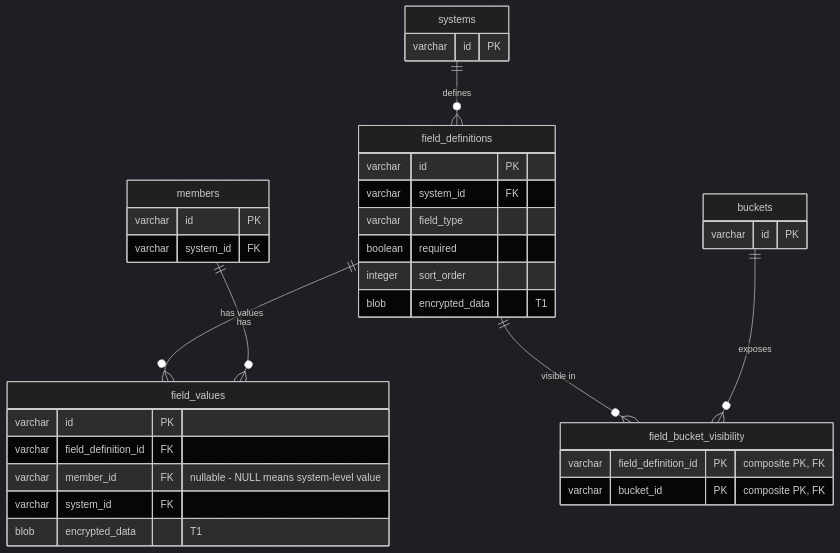
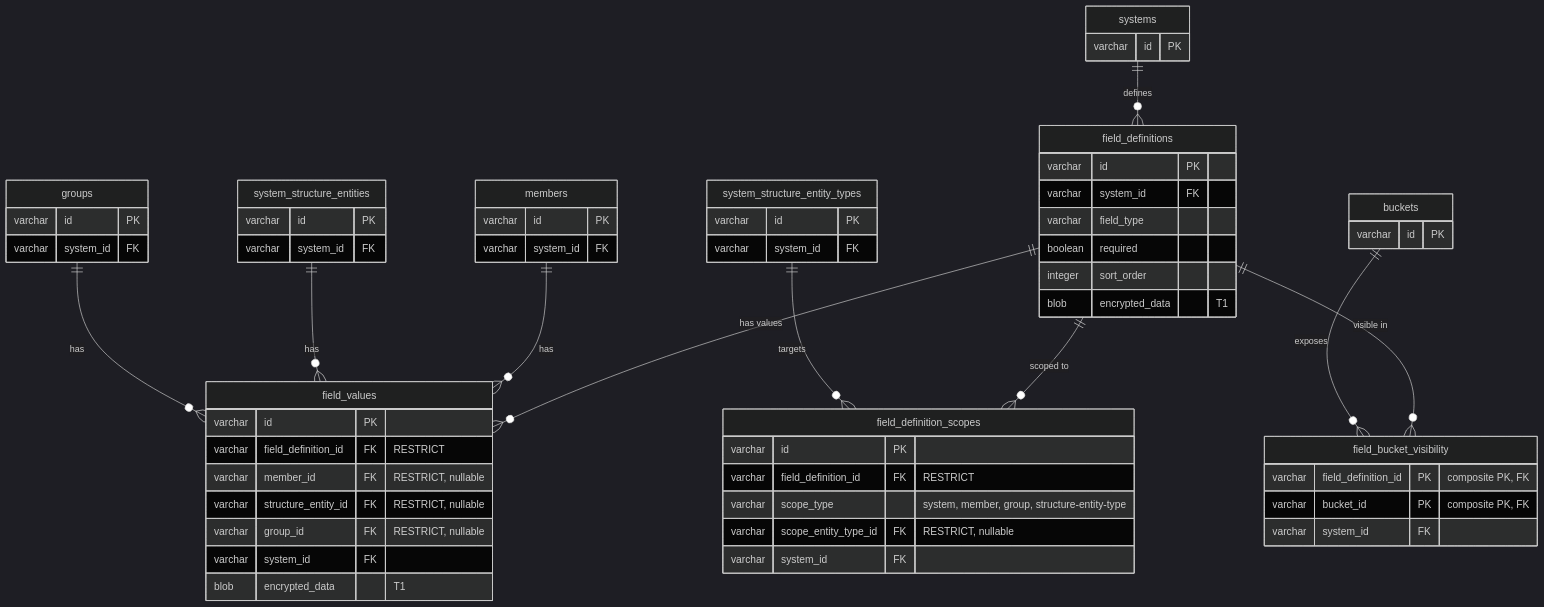
Before and after one commit to ThePrismSystem/pluralscape-mono: diagram 12 of 21 in docs/database-schema.md, drawn with Mermaid (dark theme). The commit also changed other lines of this file and 16 other files, not shown here.

First line of the commit message:
docs: update documentation for structure entity refactor (#239)

````diff
--- a/docs/database-schema.md
+++ b/docs/database-schema.md
@@ -654,43 +639,73 @@
 ```mermaid
 erDiagram
     systems {
         varchar id PK
     }
 
     members {
+        varchar id PK
+        varchar system_id FK
+    }
+
+    groups {
+        varchar id PK
+        varchar system_id FK
+    }
+
+    system_structure_entities {
+        varchar id PK
+        varchar system_id FK
+    }
+
+    system_structure_entity_types {
         varchar id PK
         varchar system_id FK
     }
 
     buckets {
         varchar id PK
     }
 
     field_definitions {
         varchar id PK
         varchar system_id FK
         varchar field_type
         boolean required
         integer sort_order
         blob encrypted_data "T1"
     }
 
+    field_definition_scopes {
+        varchar id PK
+        varchar field_definition_id FK "RESTRICT"
+        varchar scope_type "system, member, group, structure-entity-type"
+        varchar scope_entity_type_id FK "RESTRICT, nullable"
+        varchar system_id FK
+    }
+
     field_values {
         varchar id PK
-        varchar field_definition_id FK
-        varchar member_id FK "nullable - NULL means system-level value"
+        varchar field_definition_id FK "RESTRICT"
+        varchar member_id FK "RESTRICT, nullable"
+        varchar structure_entity_id FK "RESTRICT, nullable"
+        varchar group_id FK "RESTRICT, nullable"
         varchar system_id FK
         blob encrypted_data "T1"
     }
 
     field_bucket_visibility {
         varchar field_definition_id PK "composite PK, FK"
         varchar bucket_id PK "composite PK, FK"
+        varchar system_id FK
     }
 
     systems ||--o{ field_definitions : "defines"
+    field_definitions ||--o{ field_definition_scopes : "scoped to"
+    system_structure_entity_types ||--o{ field_definition_scopes : "targets"
     field_definitions ||--o{ field_values : "has values"
     members ||--o{ field_values : "has"
+    system_structure_entities ||--o{ field_values : "has"
+    groups ||--o{ field_values : "has"
     field_definitions ||--o{ field_bucket_visibility : "visible in"
     buckets ||--o{ field_bucket_visibility : "exposes"
 ```
````
